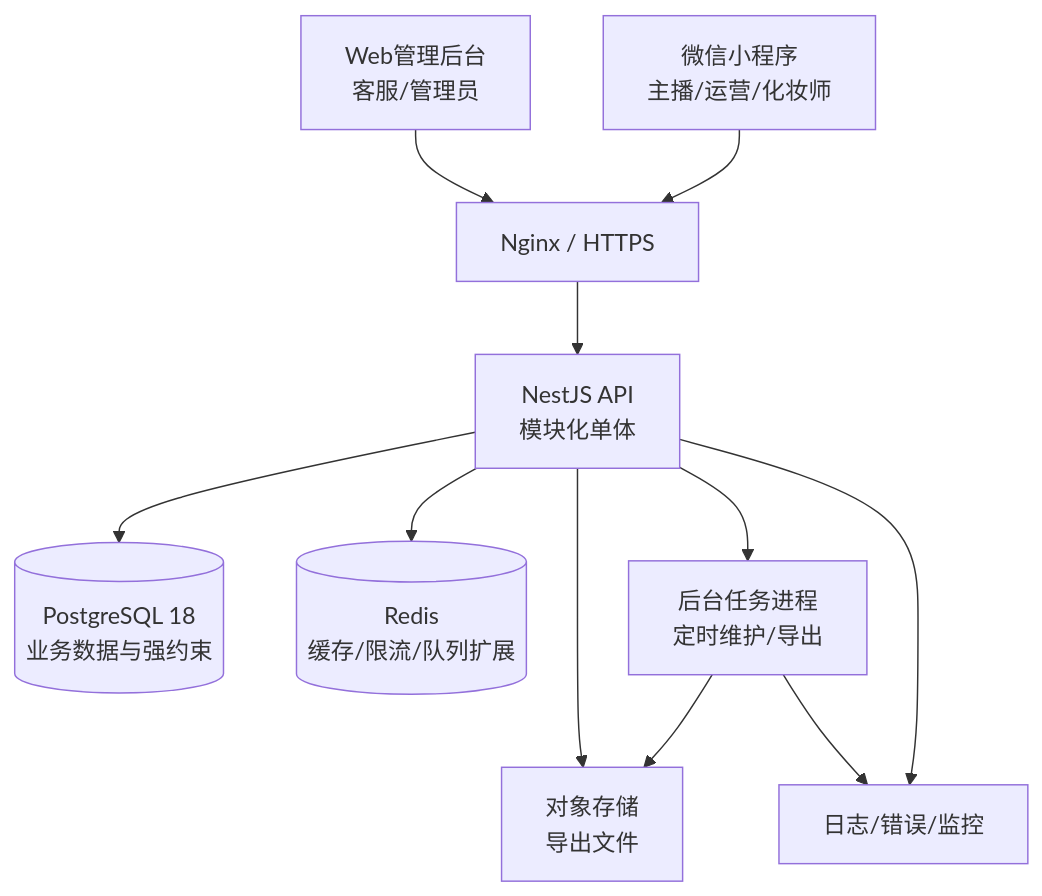
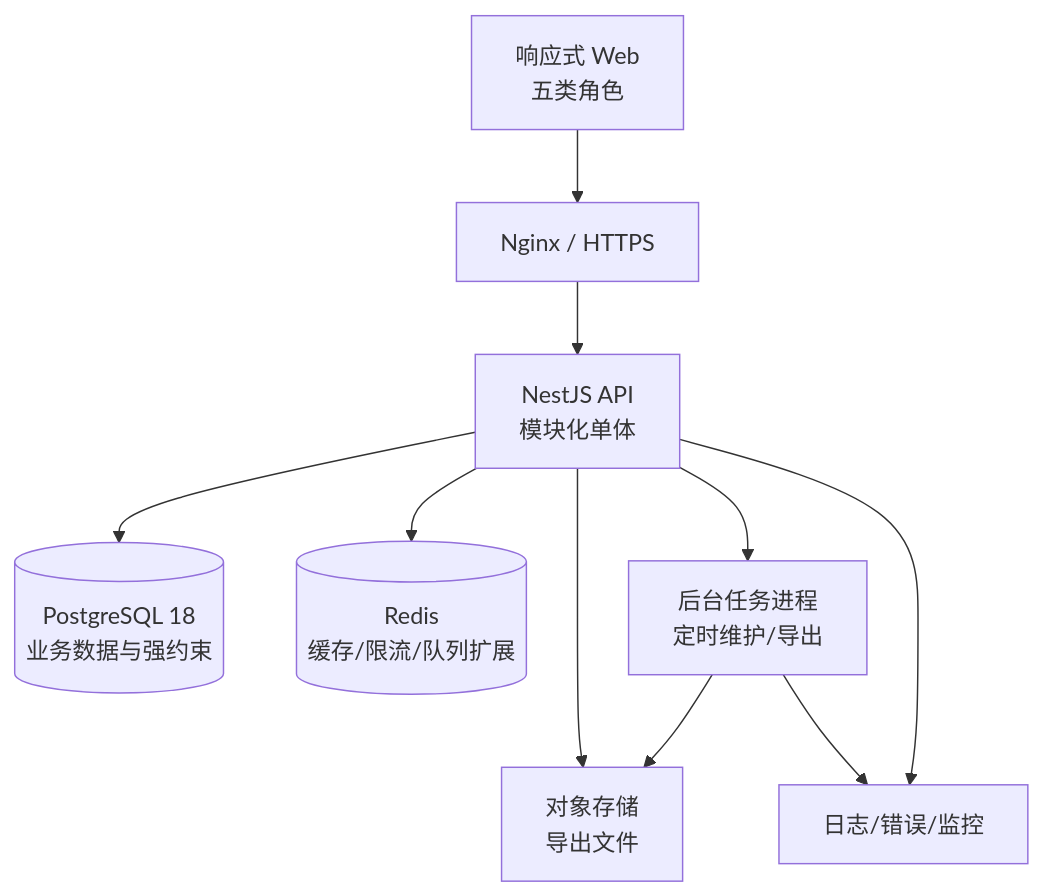
The diagram in docs/技术架构与工具选型.md (kusento173-del/makeup-booking-system), drawn with Mermaid before and after one commit. The commit also changed other lines of this file and 8 other files, not shown here.

Commit message:
docs: adopt unified responsive web architecture

````diff
--- a/docs/技术架构与工具选型.md
+++ b/docs/技术架构与工具选型.md
@@ -56,13 +56,12 @@
 ```mermaid
 flowchart TB
-    MP[微信小程序<br/>主播/运营/化妆师] --> GW[Nginx / HTTPS]
-    WEB[Web管理后台<br/>客服/管理员] --> GW
+    WEB[响应式 Web<br/>五类角色] --> GW[Nginx / HTTPS]
     GW --> API[NestJS API<br/>模块化单体]
     API --> PG[(PostgreSQL 18<br/>业务数据与强约束)]
     API --> REDIS[(Redis<br/>缓存/限流/队列扩展)]
     API --> WORKER[后台任务进程<br/>定时维护/导出]
     WORKER --> OSS[对象存储<br/>导出文件]
     API --> OSS
     API --> OBS[日志/错误/监控]
     WORKER --> OBS
 ```
````
